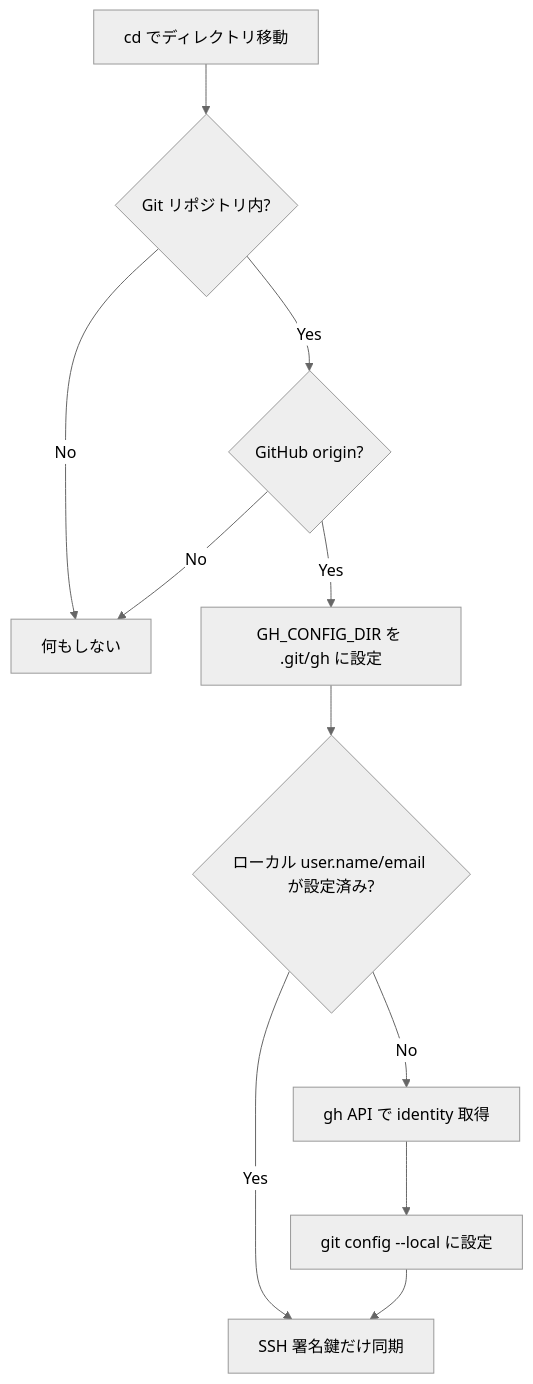
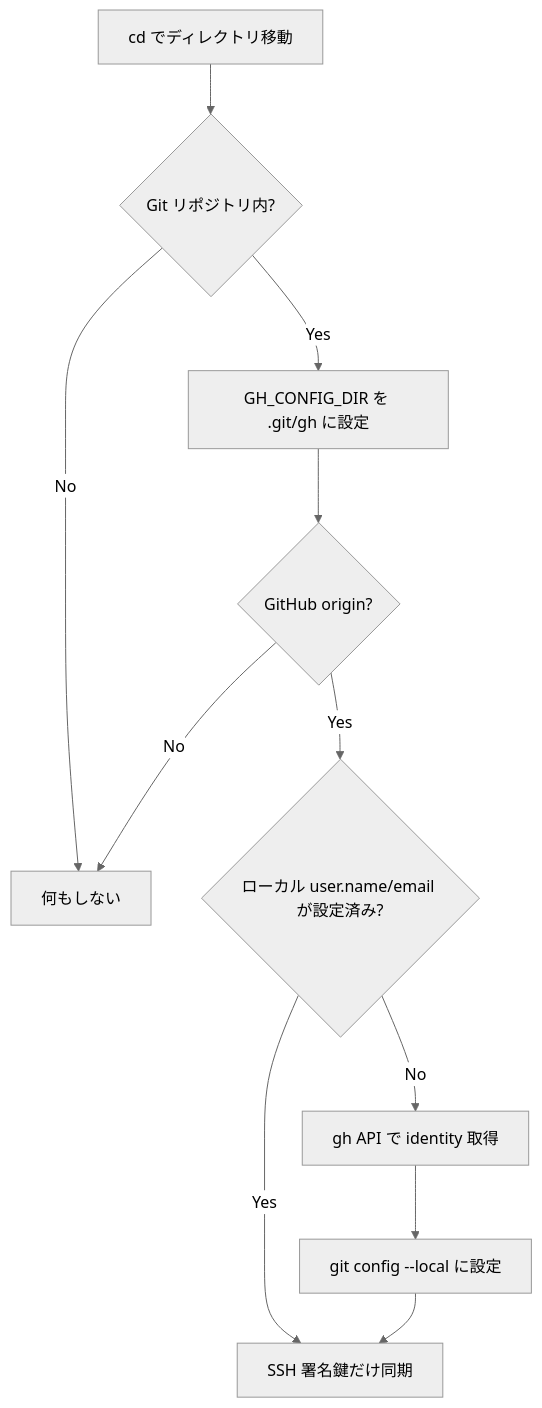
One commit to daiksud/dotfiles changed the diagram in docs/guides/04-git-identity.md. Above: the diagram before and after it, drawn with Mermaid (neutral theme). The commit also changed other lines of this file and 22 other files, not shown here.

````diff
--- a/docs/guides/04-git-identity.md
+++ b/docs/guides/04-git-identity.md
@@ -9,13 +9,13 @@
 ```mermaid
 graph TD
     A[cd でディレクトリ移動] --> B{Git リポジトリ内?}
     B -- No --> Z[何もしない]
-    B -- Yes --> C{GitHub origin?}
+    B -- Yes --> D[GH_CONFIG_DIR を .git/gh に設定]
+    D --> C{GitHub origin?}
     C -- No --> Z
-    C -- Yes --> D[GH_CONFIG_DIR を .git/gh に設定]
-    D --> E{ローカル user.name/email が設定済み?}
+    C -- Yes --> E{ローカル user.name/email が設定済み?}
     E -- Yes --> F[SSH 署名鍵だけ同期]
     E -- No --> G[gh API で identity 取得]
     G --> H[git config --local に設定]
     H --> F
 ```
````
